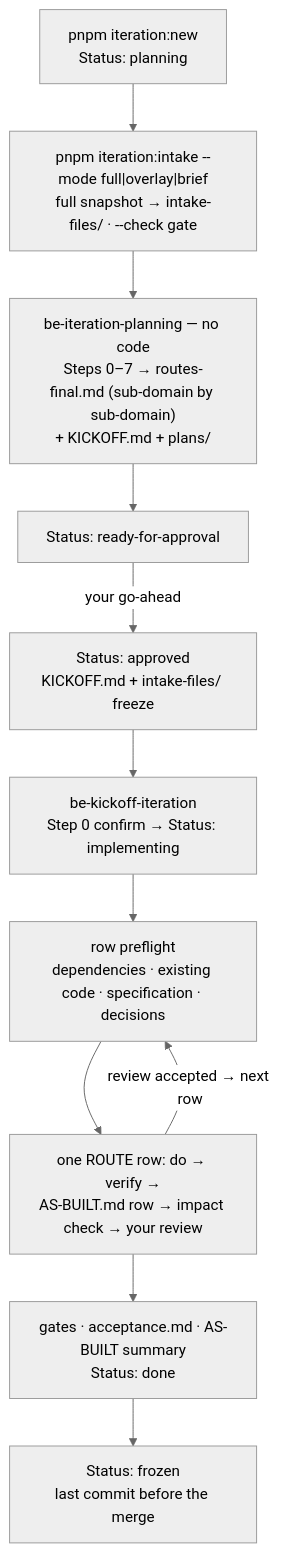
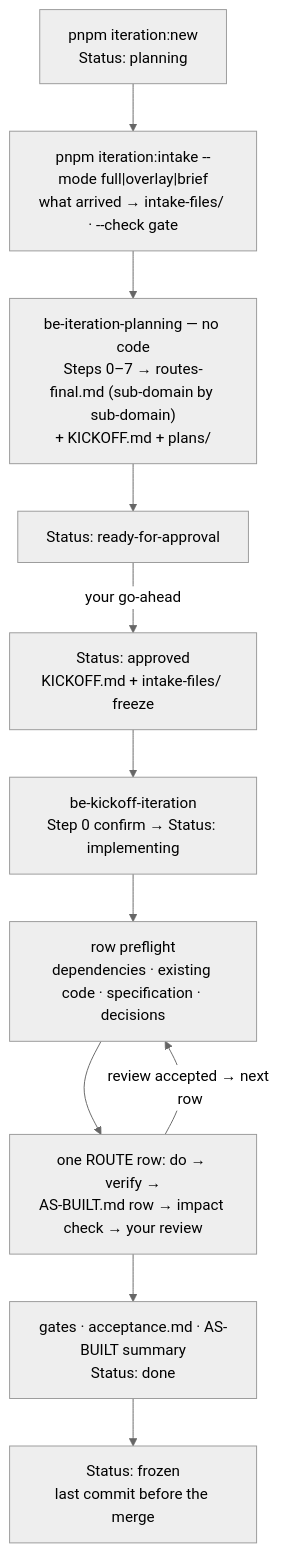
One commit to albetrios/clinozy-be changed the diagram in docs/design-workflow/process/README.md. Above: the diagram before and after it, drawn with Mermaid (neutral theme). The commit also changed other lines of this file and 458 other files, not shown here.

````diff
--- a/docs/design-workflow/process/README.md
+++ b/docs/design-workflow/process/README.md
@@ -10,13 +10,13 @@
 ```mermaid
 flowchart TB
-  NEW["pnpm iteration:new<br/>Status: planning"] --> INTAKE["pnpm iteration:intake --mode full|overlay|brief<br/>full snapshot → intake-files/ · --check gate"]
+  NEW["pnpm iteration:new<br/>Status: planning"] --> INTAKE["pnpm iteration:intake --mode full|overlay|brief<br/>what arrived → intake-files/ · --check gate"]
   INTAKE --> PLAN["be-iteration-planning — no code<br/>Steps 0–7 → routes-final.md (sub-domain by sub-domain)<br/>+ KICKOFF.md + plans/"]
   PLAN --> READY["Status: ready-for-approval"]
   READY -->|your go-ahead| APPROVED["Status: approved<br/>KICKOFF.md + intake-files/ freeze"]
   APPROVED --> KICK["be-kickoff-iteration<br/>Step 0 confirm → Status: implementing"]
   KICK --> PREFLIGHT["row preflight<br/>dependencies · existing code · specification · decisions"]
   PREFLIGHT --> ROW["one ROUTE row: do → verify →<br/>AS-BUILT.md row → impact check → your review"]
   ROW -->|review accepted → next row| PREFLIGHT
   ROW --> DONE["gates · acceptance.md · AS-BUILT summary<br/>Status: done"]
   DONE --> FROZEN["Status: frozen<br/>last commit before the merge"]
 ```
````
